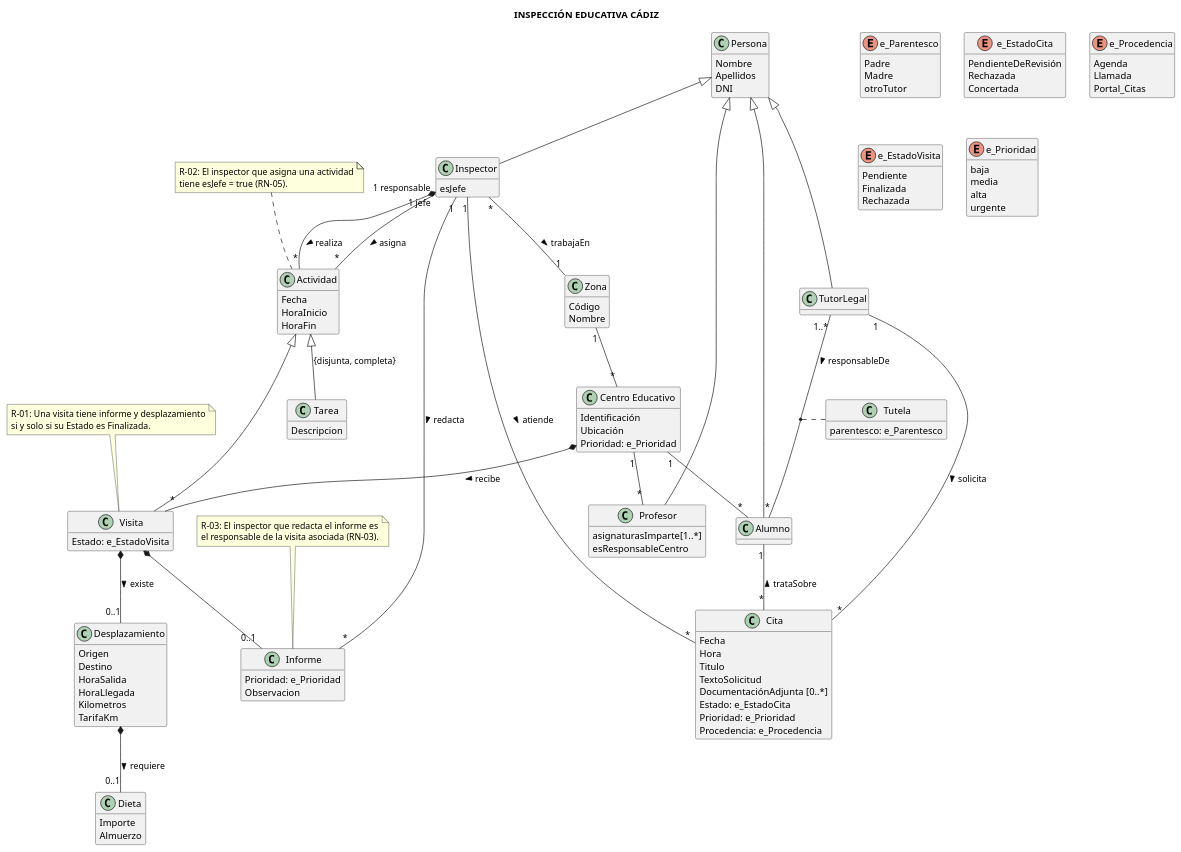
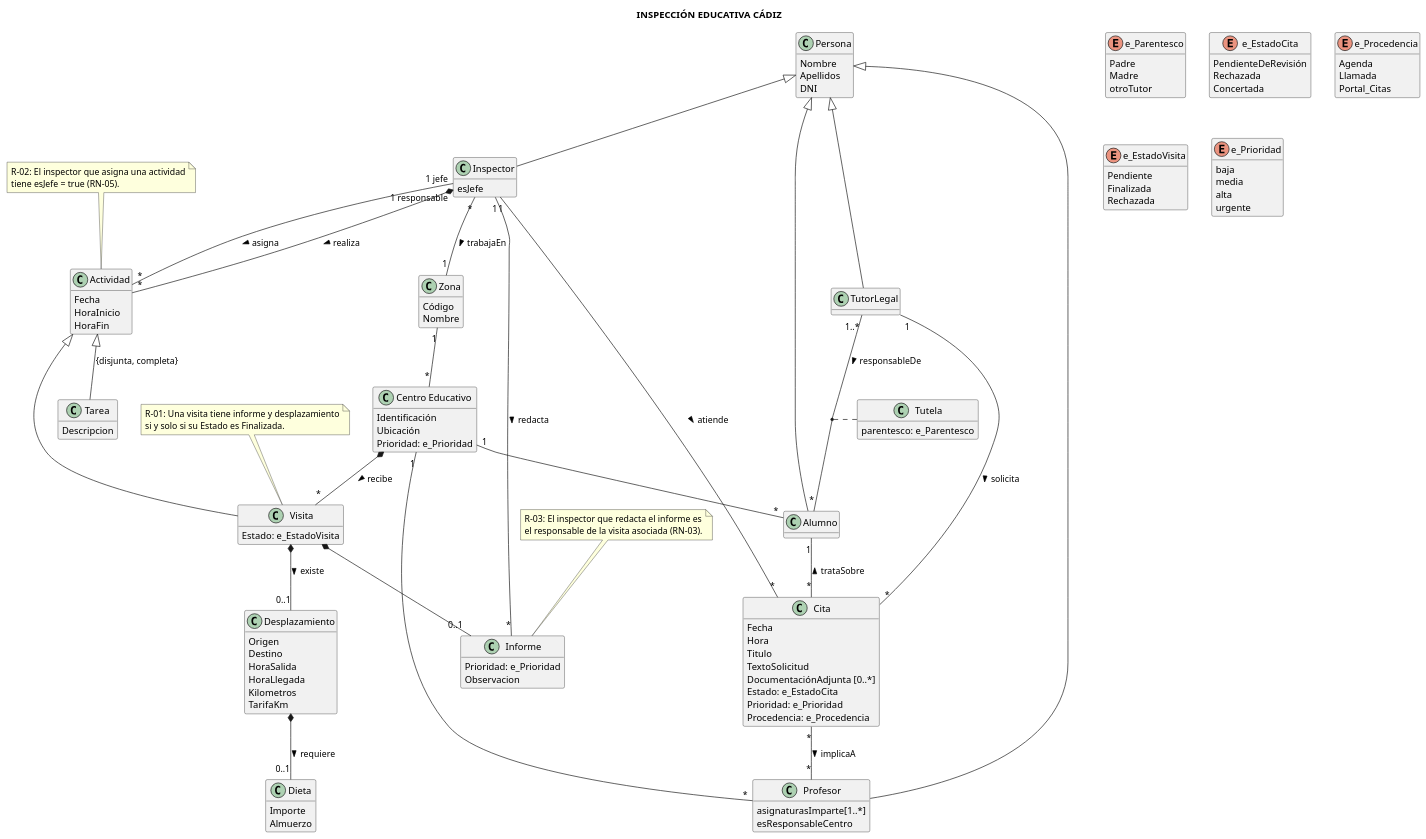
The diagram in modelado/escenarios/escenario_1/escenario_1.puml (lorenzomaranon/ProyectoBD_Inspeccion_Educativa), drawn with PlantUML before and after one commit. The commit also changed 1 other file, not shown here.

Commit message:
Recupera la relacion implicaA en escenario_1 y modelado_conceptual

```diff
--- a/modelado/escenarios/escenario_1/escenario_1.puml
+++ b/modelado/escenarios/escenario_1/escenario_1.puml
@@ -224,6 +224,7 @@
 CentroEducativo "1" -- "*" Alumno
 CentroEducativo "1" -- "*" Profesor
 Alumno "1" -- "*" Cita: trataSobre <
+Cita "*" -- "*" Profesor: implicaA >
 
 'Restricciones'
 
```
